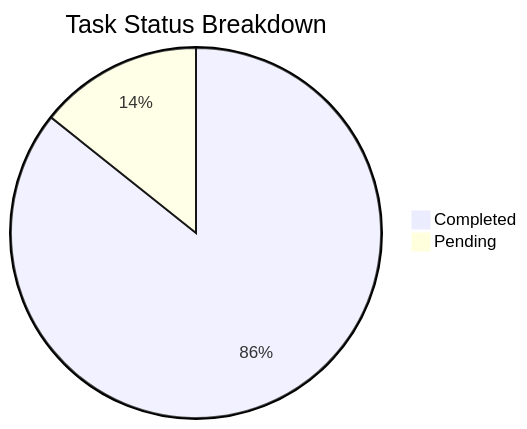
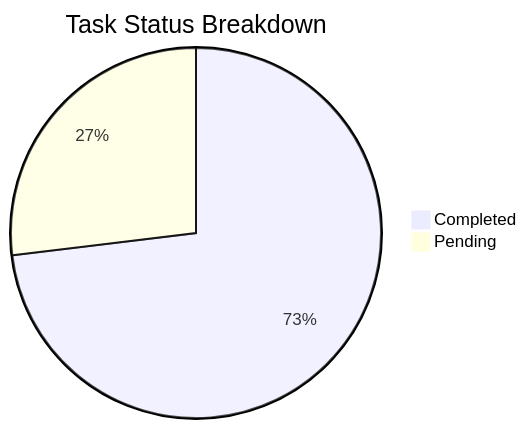
One commit to sagarms97/MyWorkDairy changed the first of 2 diagrams in Sanchay/Analytics.md. Above: the diagram before and after it, drawn with Mermaid. The commit also changed other lines of this file and 6 other files, not shown here.

````diff
--- a/Sanchay/Analytics.md
+++ b/Sanchay/Analytics.md
@@ -12,5 +12,5 @@
 ```mermaid
 pie title Task Status Breakdown
-    "Completed" : 18
-    "Pending" : 3
+    "Completed" : 19
+    "Pending" : 7
 ```
````
